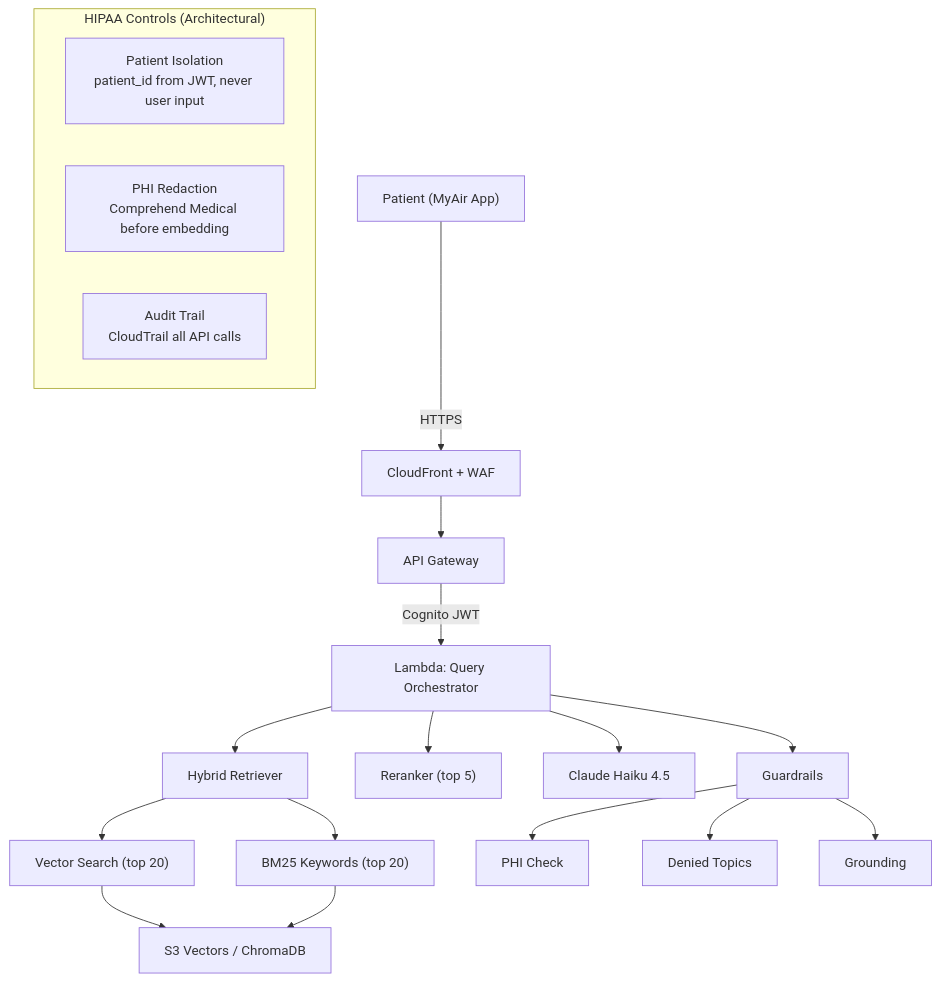
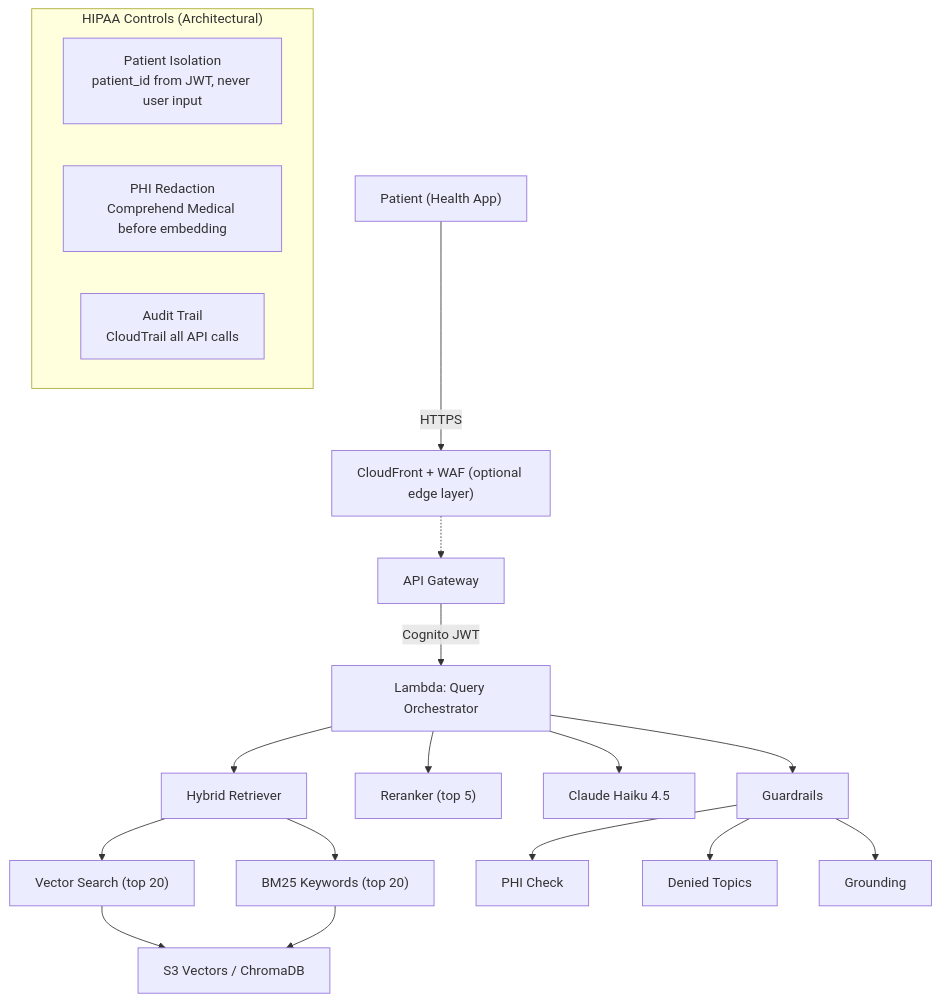
Before and after one commit to melroyanthony/healthstream-rag: the diagram in README.md, drawn with Mermaid. The commit also changed other lines of this file and 41 other files, not shown here.

````diff
--- a/README.md
+++ b/README.md
@@ -16,25 +27,25 @@
 ```mermaid
 graph TB
-    Patient["Patient (MyAir App)"] -->|HTTPS| CF["CloudFront + WAF"]
-    CF --> APIGW["API Gateway"]
+    Patient["Patient (Health App)"] -->|HTTPS| CF["CloudFront + WAF (optional edge layer)"]
+    CF -.-> APIGW["API Gateway"]
     APIGW -->|Cognito JWT| Lambda["Lambda: Query Orchestrator"]
 
     Lambda --> HR["Hybrid Retriever"]
     HR --> VR["Vector Search (top 20)"]
     HR --> BM["BM25 Keywords (top 20)"]
     VR --> S3V["S3 Vectors / ChromaDB"]
     BM --> S3V
 
     Lambda --> RR["Reranker (top 5)"]
     Lambda --> LLM["Claude Haiku 4.5"]
     Lambda --> GR["Guardrails"]
     GR --> PHI["PHI Check"]
     GR --> TOPIC["Denied Topics"]
     GR --> GROUND["Grounding"]
 
     subgraph "HIPAA Controls (Architectural)"
         ISO["Patient Isolation<br/>patient_id from JWT, never user input"]
         REDACT["PHI Redaction<br/>Comprehend Medical before embedding"]
         AUDIT["Audit Trail<br/>CloudTrail all API calls"]
     end
 ```
````
